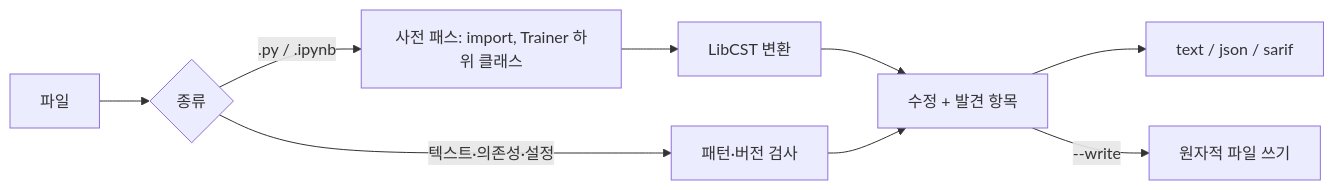
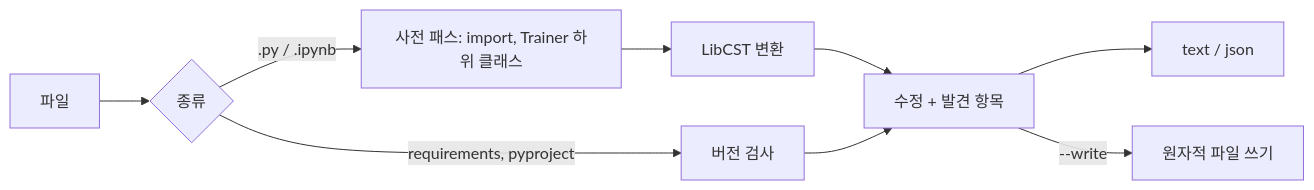
One commit to LeeGyeongPil/transformers-v5-migrate changed the diagram in README.ko.md. Above: the diagram before and after it, drawn with Mermaid. The commit also changed other lines of this file and 9 other files, not shown here.

````diff
--- a/README.ko.md
+++ b/README.ko.md
@@ -180,11 +166,11 @@
 ```mermaid
 flowchart LR
   A[파일] --> B{종류}
   B -->|.py / .ipynb| C[사전 패스: import, Trainer 하위 클래스]
   C --> D[LibCST 변환]
-  B -->|텍스트·의존성·설정| E[패턴·버전 검사]
+  B -->|requirements, pyproject| E[버전 검사]
   D --> F[수정 + 발견 항목]
   E --> F
-  F --> G[text / json / sarif]
+  F --> G[text / json]
   F -->|--write| H[원자적 파일 쓰기]
 ```
````
